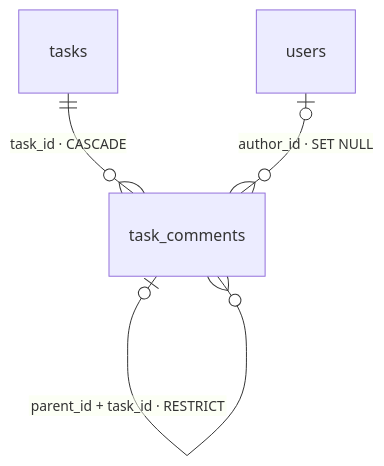
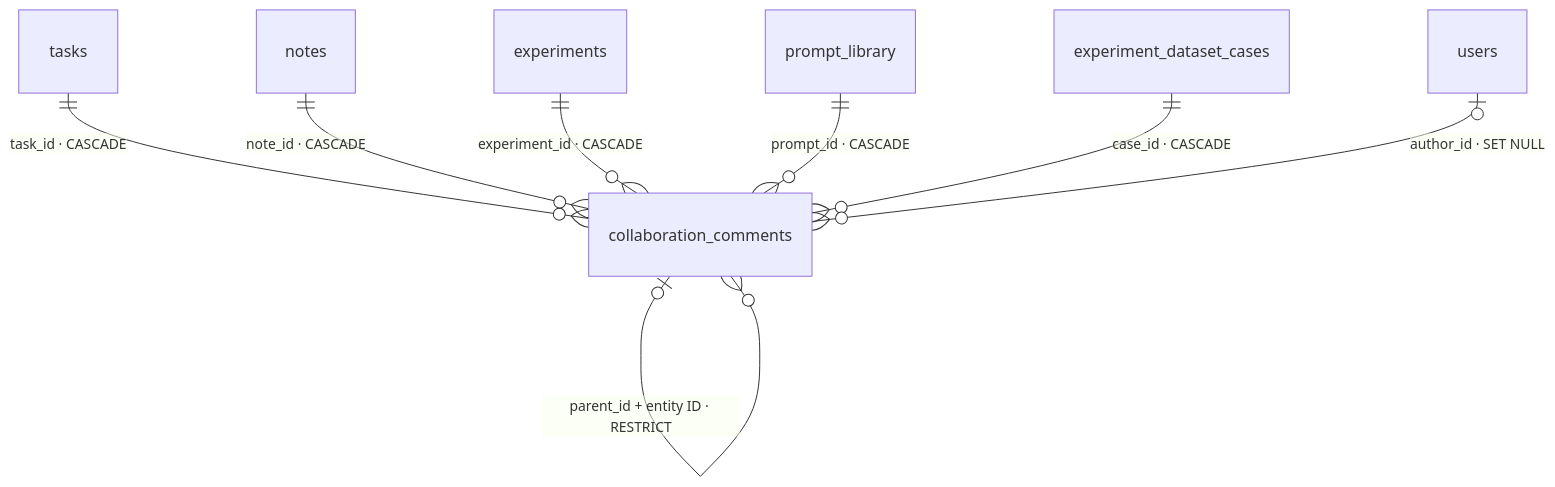
Before and after one commit to weiAX95/admin: diagram 24 of 24 in docs/database-relationships.md, drawn with Mermaid. The commit also changed other lines of this file and 14 other files, not shown here.

````diff
--- a/docs/database-relationships.md
+++ b/docs/database-relationships.md
@@ -806,6 +806,10 @@
 ```mermaid
 erDiagram
-  tasks ||--o{ task_comments : "task_id · CASCADE"
-  users |o--o{ task_comments : "author_id · SET NULL"
-  task_comments |o--o{ task_comments : "parent_id + task_id · RESTRICT"
+  tasks ||--o{ collaboration_comments : "task_id · CASCADE"
+  notes ||--o{ collaboration_comments : "note_id · CASCADE"
+  experiments ||--o{ collaboration_comments : "experiment_id · CASCADE"
+  prompt_library ||--o{ collaboration_comments : "prompt_id · CASCADE"
+  experiment_dataset_cases ||--o{ collaboration_comments : "case_id · CASCADE"
+  users |o--o{ collaboration_comments : "author_id · SET NULL"
+  collaboration_comments |o--o{ collaboration_comments : "parent_id + entity ID · RESTRICT"
 ```
````
